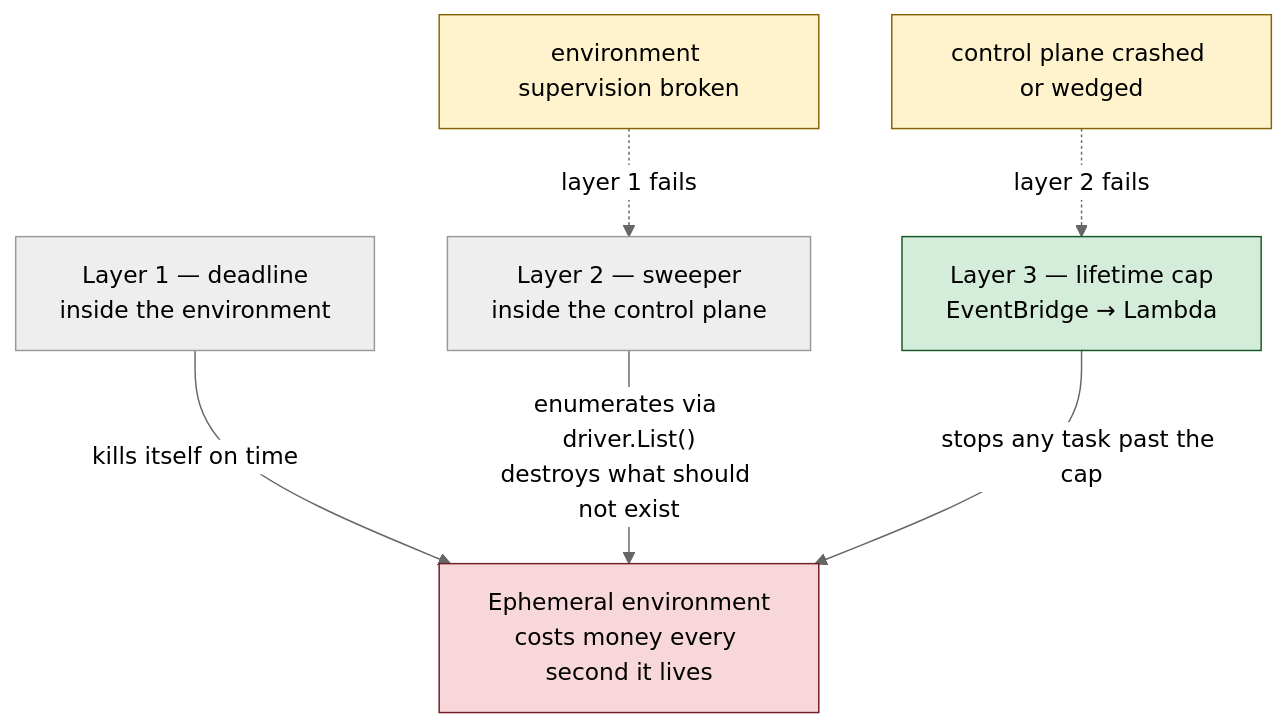
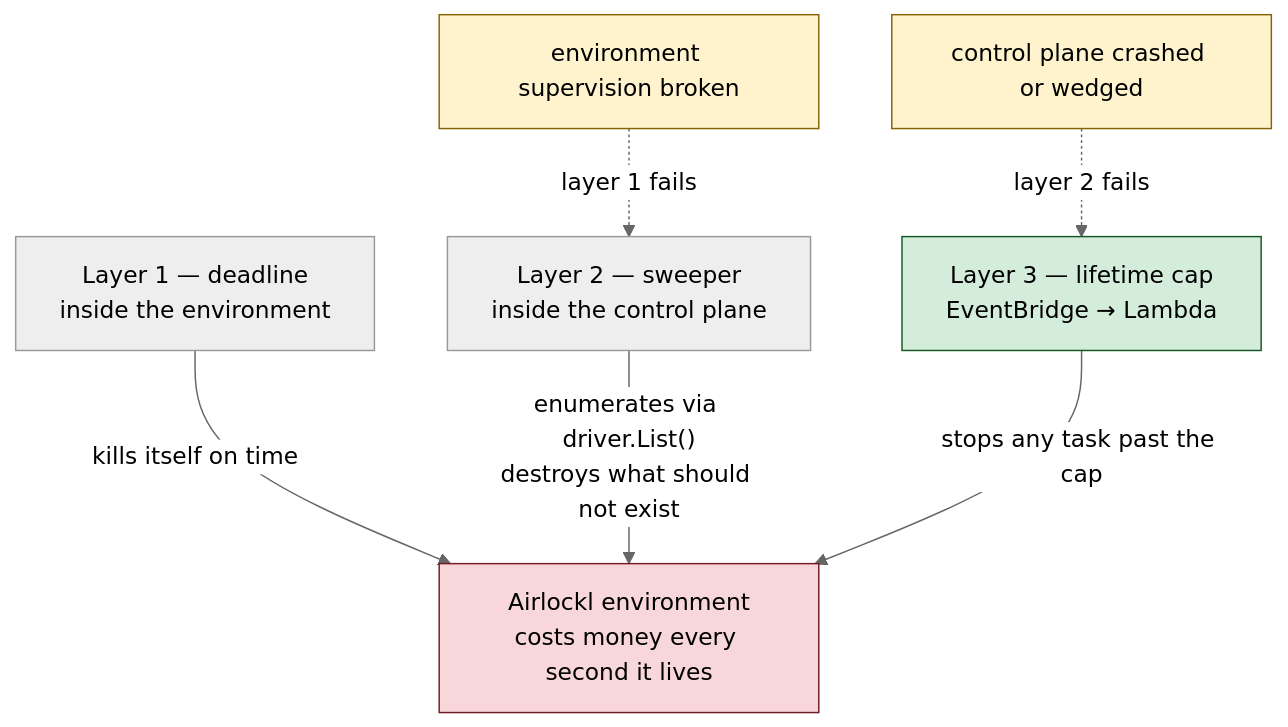
Before and after one commit to bytes-as/airlock: the third of 4 diagrams in README.md, drawn with Mermaid (neutral theme). The commit also changed other lines of this file and 45 other files, not shown here.

````diff
--- a/README.md
+++ b/README.md
@@ -308,20 +308,20 @@
 ```mermaid
 flowchart TB
-    ENV["Ephemeral environment<br/>costs money every second it lives"]
+    ENV["Airlockl environment<br/>costs money every second it lives"]
 
     L1["Layer 1 — deadline<br/>inside the environment"]
     L2["Layer 2 — sweeper<br/>inside the control plane"]
     L3["Layer 3 — lifetime cap<br/>EventBridge → Lambda"]
 
     L1 -->|"kills itself on time"| ENV
     L2 -->|"enumerates via driver.List()<br/>destroys what should not exist"| ENV
     L3 -->|"stops any task past the cap"| ENV
 
     F1["environment supervision broken"] -.->|"layer 1 fails"| L2
     F2["control plane crashed or wedged"] -.->|"layer 2 fails"| L3
 
     style L3 fill:#d4edda,stroke:#155724,color:#000
     style F1 fill:#fff3cd,stroke:#856404,color:#000
     style F2 fill:#fff3cd,stroke:#856404,color:#000
     style ENV fill:#f8d7da,stroke:#721c24,color:#000
 ```
````
